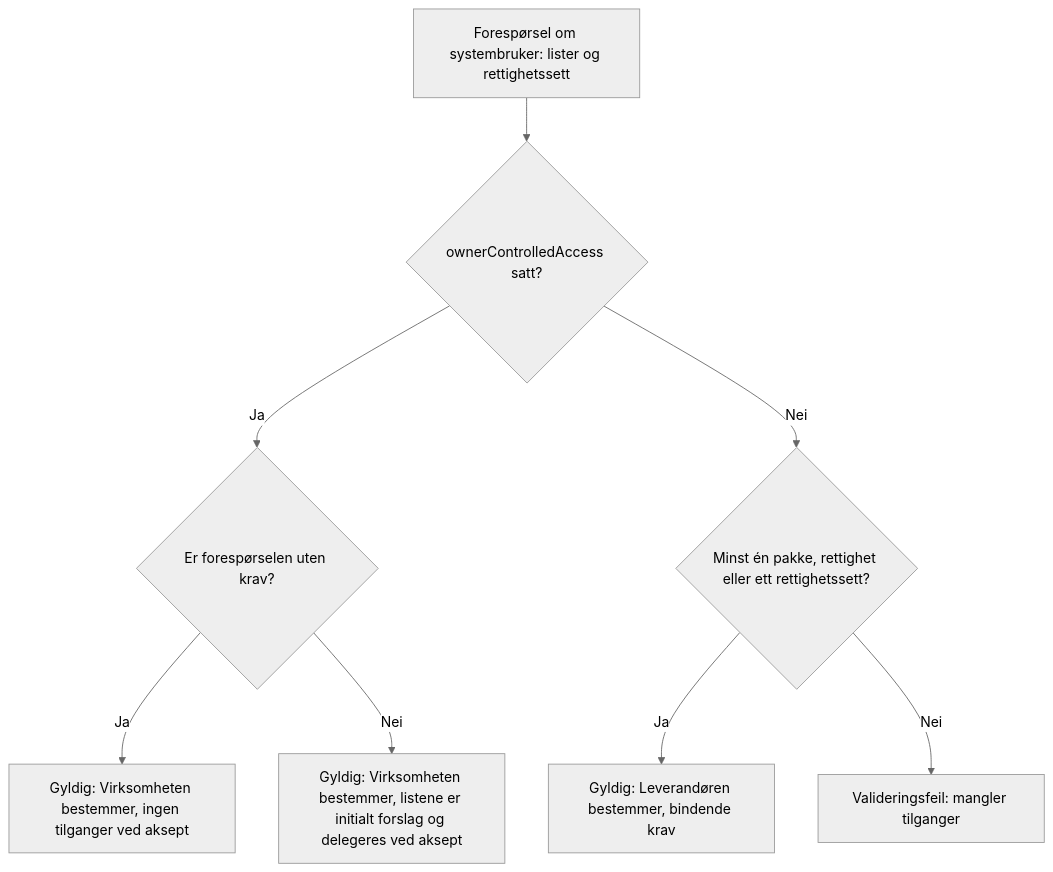
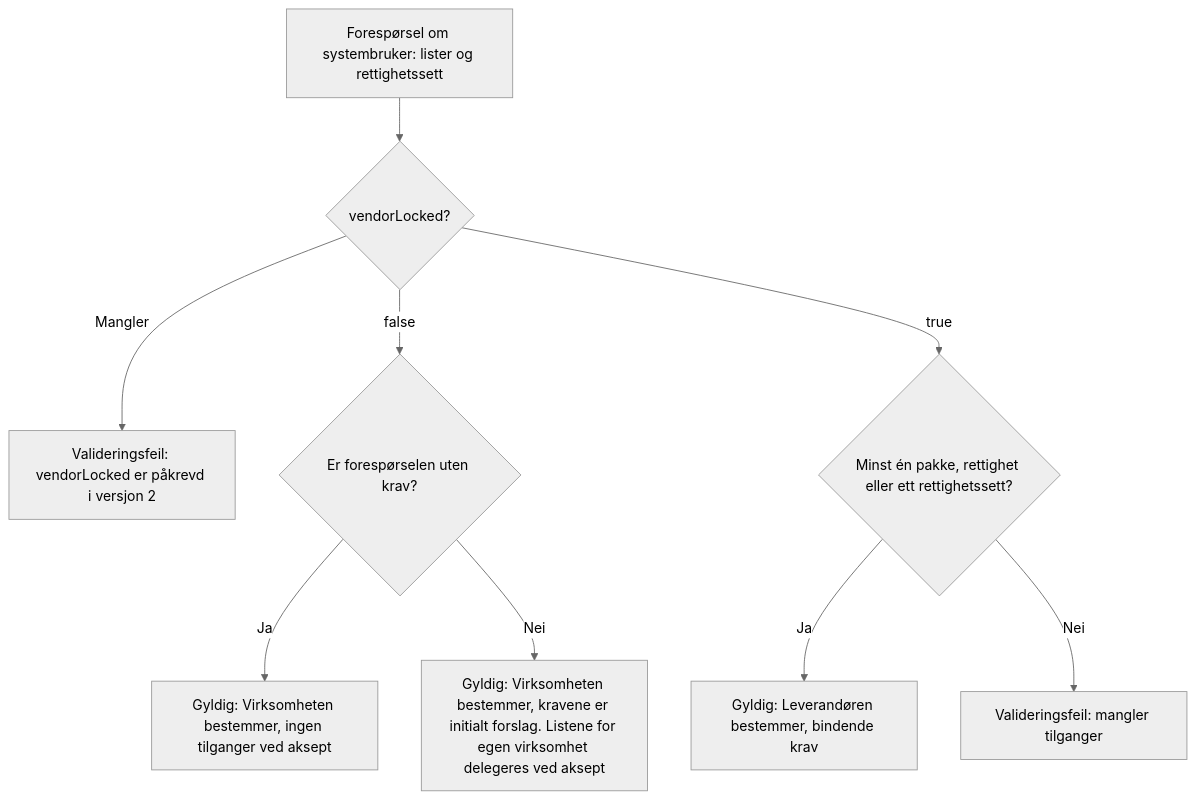
The second of 6 diagrams in content/authorization/guides/system-vendor/system-user/beslutningstre.nb.md (Altinn/altinn-studio-docs), drawn with Mermaid (neutral theme) before and after one commit. The commit also changed other lines of this file and 2 other files, not shown here.

First line of the commit message:
docs: vendorLocked er påkrevd i versjon 2 av systembrukerforespørselen (#3306)

```diff
--- a/content/authorization/guides/system-vendor/system-user/beslutningstre.nb.md
+++ b/content/authorization/guides/system-vendor/system-user/beslutningstre.nb.md
@@ -41,10 +41,11 @@
 {{< mermaid >}}
 graph TD
-  REQUEST["Forespørsel om systembruker: lister og rettighetssett"] --> FLAG{"ownerControlledAccess satt?"}
-  FLAG -->|Ja| EMPTY{"Er forespørselen uten krav?"}
+  REQUEST["Forespørsel om systembruker: lister og rettighetssett"] --> FLAG{"vendorLocked?"}
+  FLAG -->|Mangler| ERROR1["Valideringsfeil: vendorLocked er påkrevd i versjon 2"]
+  FLAG -->|false| EMPTY{"Er forespørselen uten krav?"}
   EMPTY -->|Ja| FREE["Gyldig: Virksomheten bestemmer, ingen tilganger ved aksept"]
-  EMPTY -->|Nei| PROPOSAL["Gyldig: Virksomheten bestemmer, listene er initialt forslag og delegeres ved aksept"]
-  FLAG -->|Nei| CONTENT{"Minst én pakke, rettighet eller ett rettighetssett?"}
+  EMPTY -->|Nei| PROPOSAL["Gyldig: Virksomheten bestemmer, kravene er initialt forslag. Listene for egen virksomhet delegeres ved aksept"]
+  FLAG -->|true| CONTENT{"Minst én pakke, rettighet eller ett rettighetssett?"}
   CONTENT -->|Ja| PRESET["Gyldig: Leverandøren bestemmer, bindende krav"]
   CONTENT -->|Nei| ERROR2["Valideringsfeil: mangler tilganger"]
 {{< /mermaid >}}
```
